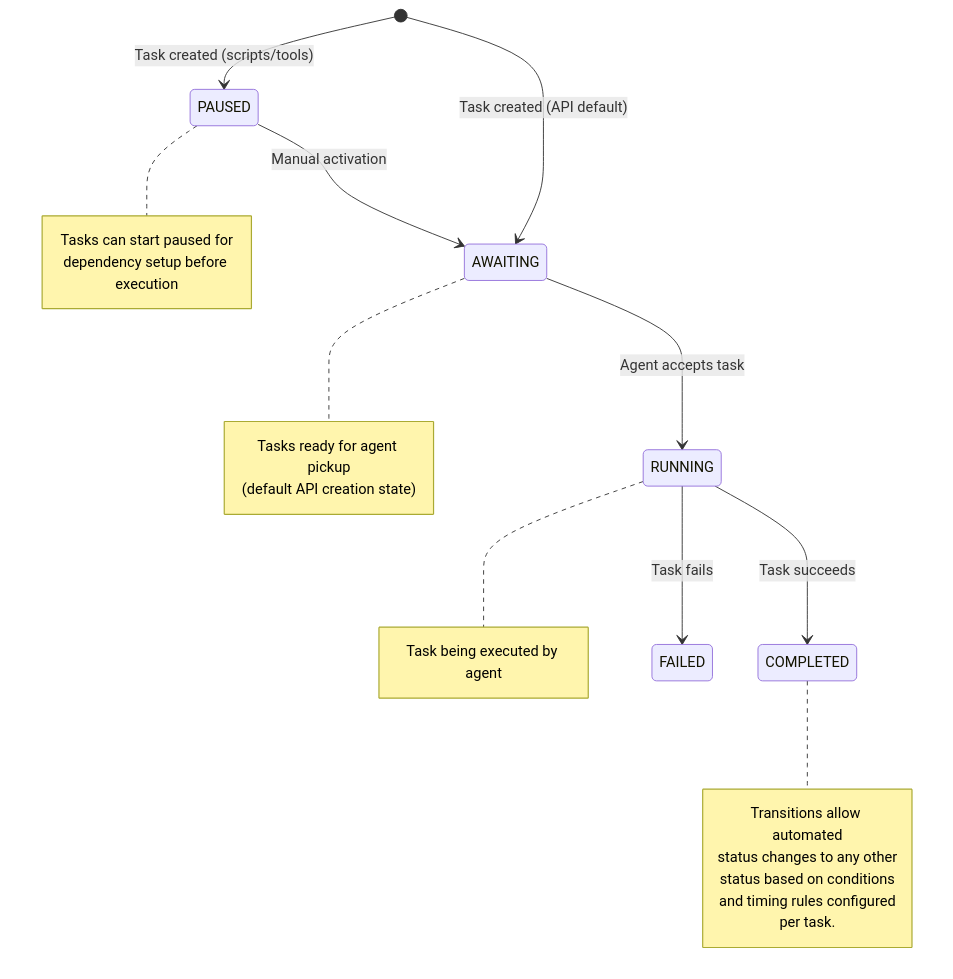
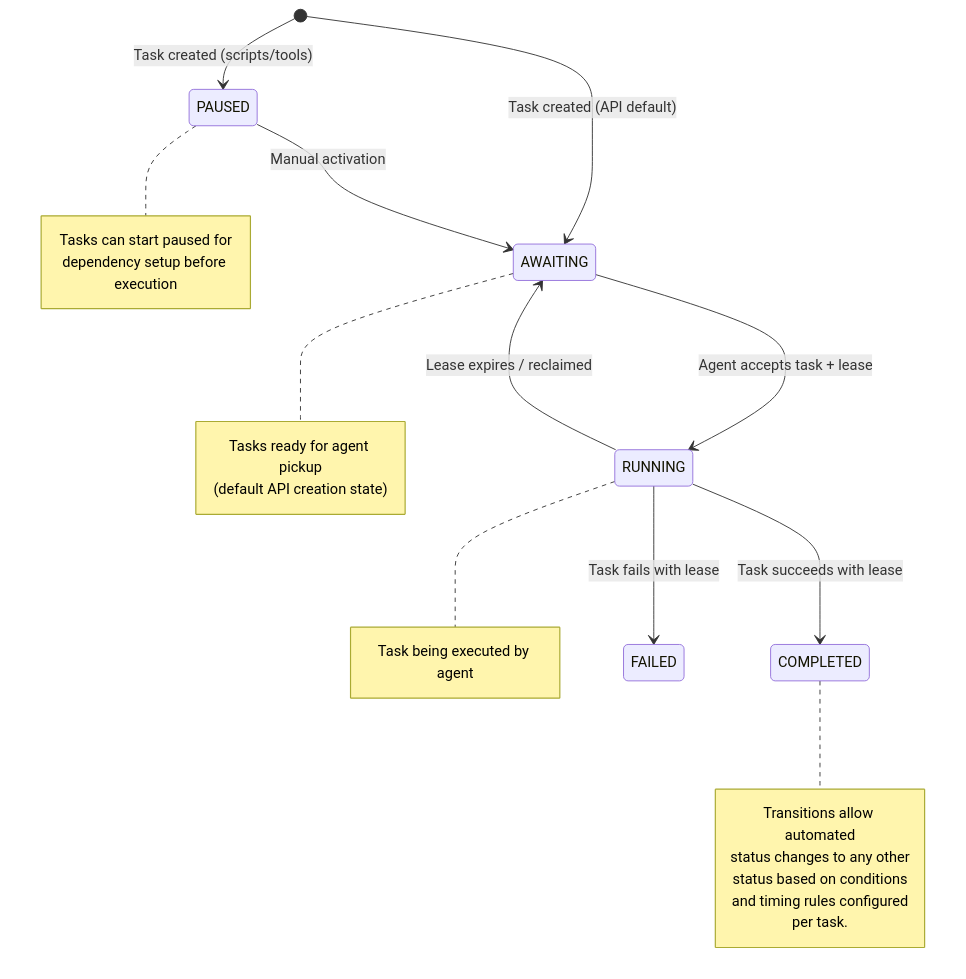
Before and after one commit to jorisvddonk/sheetbot: the third of 3 diagrams in docs/reference/protocol.md, drawn with Mermaid. The commit also changed other lines of this file and 9 other files, not shown here.

Commit message:
Refresh docs for task leases and agent heartbeat

````diff
--- a/docs/reference/protocol.md
+++ b/docs/reference/protocol.md
@@ -37,27 +42,28 @@
 ```mermaid
 stateDiagram-v2
     [*] --> PAUSED : Task created (scripts/tools)
     [*] --> AWAITING : Task created (API default)
     PAUSED --> AWAITING : Manual activation
-    AWAITING --> RUNNING : Agent accepts task
-    RUNNING --> COMPLETED : Task succeeds
-    RUNNING --> FAILED : Task fails
+    AWAITING --> RUNNING : Agent accepts task + lease
+    RUNNING --> AWAITING : Lease expires / reclaimed
+    RUNNING --> COMPLETED : Task succeeds with lease
+    RUNNING --> FAILED : Task fails with lease
     note right of PAUSED
         Tasks can start paused for
         dependency setup before execution
     end note
     note right of AWAITING
         Tasks ready for agent pickup
         (default API creation state)
     end note
     note right of RUNNING
         Task being executed by agent
     end note
     note right of COMPLETED
         Transitions allow automated
         status changes to any other
         status based on conditions
         and timing rules configured
         per task.
     end note
 ```
````
